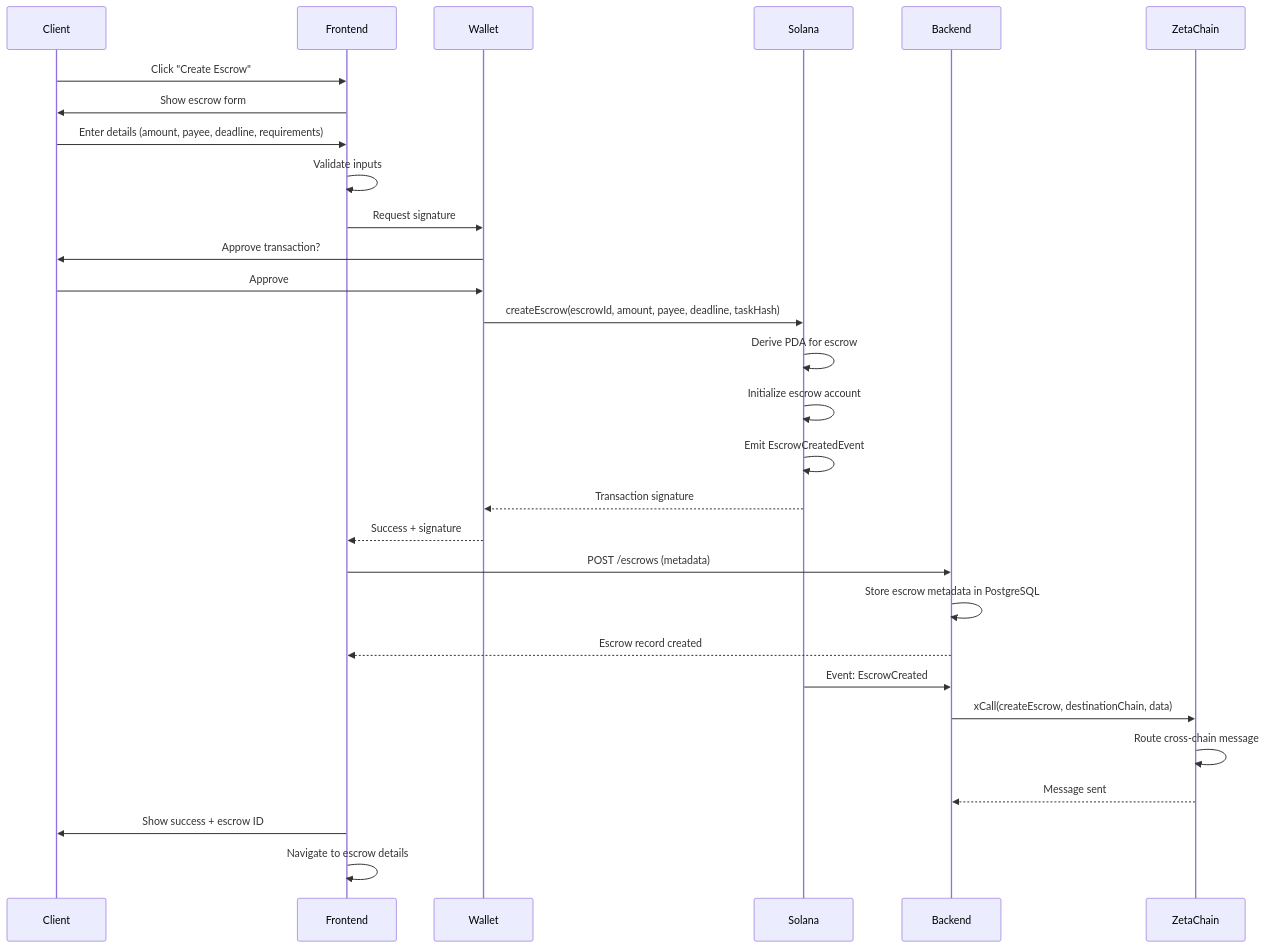
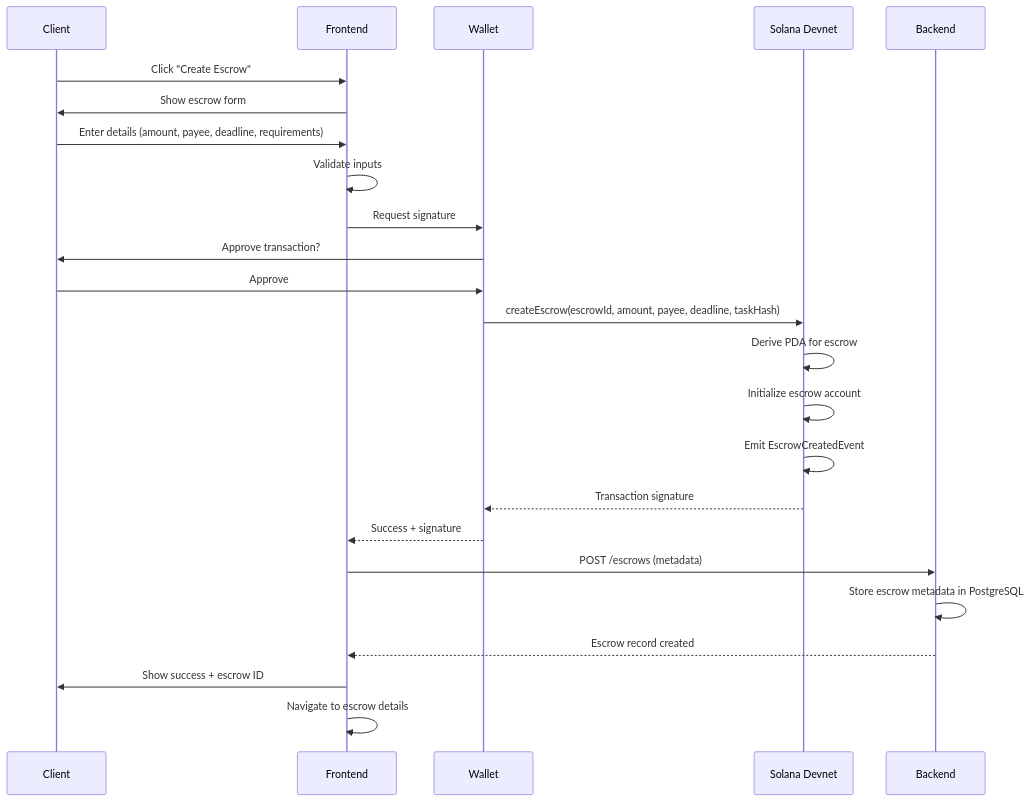
The sixth of 14 diagrams in technical-architecture.mdx (De-real-iManuel/aetherlock-docs), drawn with Mermaid before and after one commit. The commit also changed other lines of this file and 144 other files, not shown here.

````diff
--- a/technical-architecture.mdx
+++ b/technical-architecture.mdx
@@ -1561,37 +1141,31 @@
 ```mermaid
 sequenceDiagram
     participant Client
     participant Frontend
     participant Wallet
-    participant Solana
+    participant Solana as Solana Devnet
     participant Backend
-    participant ZetaChain
     
     Client->>Frontend: Click "Create Escrow"
     Frontend->>Client: Show escrow form
     Client->>Frontend: Enter details (amount, payee, deadline, requirements)
     Frontend->>Frontend: Validate inputs
     
     Frontend->>Wallet: Request signature
     Wallet->>Client: Approve transaction?
     Client->>Wallet: Approve
     
     Wallet->>Solana: createEscrow(escrowId, amount, payee, deadline, taskHash)
     Solana->>Solana: Derive PDA for escrow
     Solana->>Solana: Initialize escrow account
     Solana->>Solana: Emit EscrowCreatedEvent
     Solana-->>Wallet: Transaction signature
     
     Wallet-->>Frontend: Success + signature
     Frontend->>Backend: POST /escrows (metadata)
     Backend->>Backend: Store escrow metadata in PostgreSQL
     Backend-->>Frontend: Escrow record created
     
-    Solana->>Backend: Event: EscrowCreated
-    Backend->>ZetaChain: xCall(createEscrow, destinationChain, data)
-    ZetaChain->>ZetaChain: Route cross-chain message
-    ZetaChain-->>Backend: Message sent
-    
     Frontend->>Client: Show success + escrow ID
     Frontend->>Frontend: Navigate to escrow details
 ```
````
